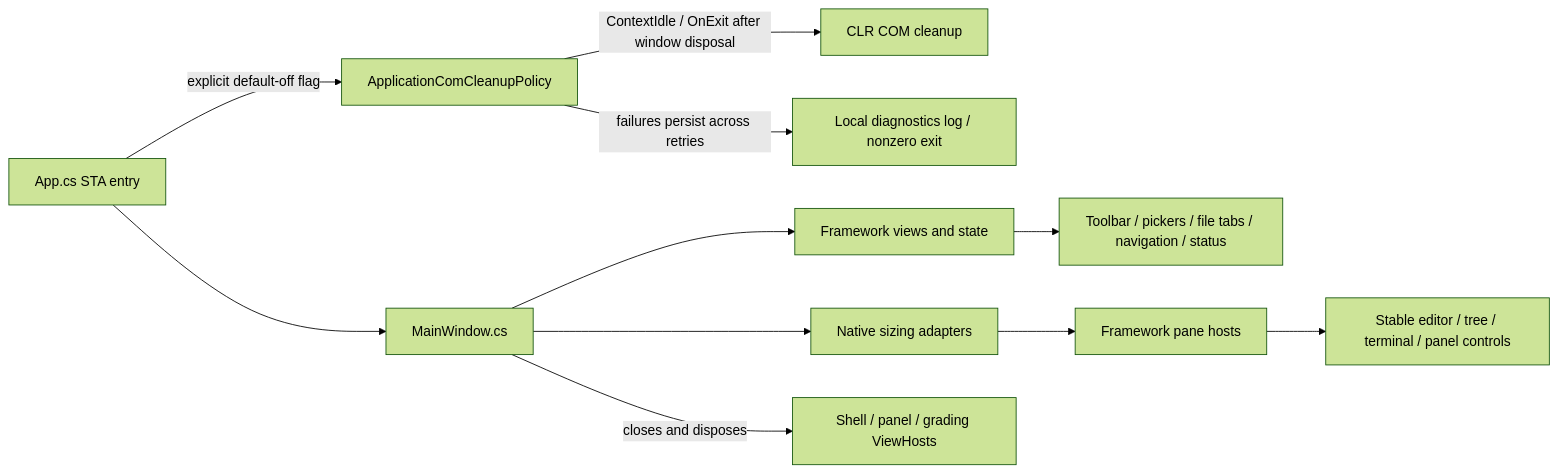
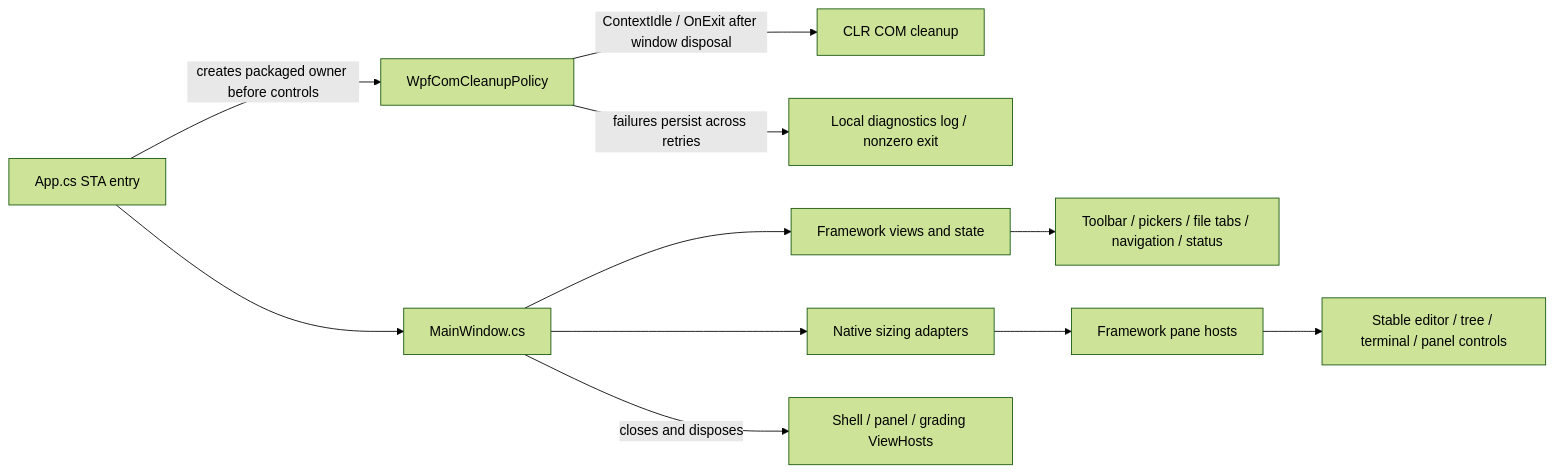
The first of 11 diagrams in KNOWLEDGE_GRAPH.md (signalnotnoise/GuidedGrade), drawn with Mermaid (forest theme) before and after one commit. The commit also changed other lines of this file and 24 other files, not shown here.

First line of the commit message:
Adopt packaged WPF COM cleanup

````diff
--- a/KNOWLEDGE_GRAPH.md
+++ b/KNOWLEDGE_GRAPH.md
@@ -9,13 +9,13 @@
 ```mermaid
 flowchart LR
     Startup[App.cs STA entry] --> Shell[MainWindow.cs]
-    Startup -->|explicit default-off flag| Cleanup[ApplicationComCleanupPolicy]
+    Startup -->|creates packaged owner before controls| Cleanup[WpfComCleanupPolicy]
     Cleanup -->|ContextIdle / OnExit after window disposal| Drain[CLR COM cleanup]
     Cleanup -->|failures persist across retries| Diagnostics[Local diagnostics log / nonzero exit]
     Shell --> Views[Framework views and state]
     Views --> Actions[Toolbar / pickers / file tabs / navigation / status]
     Shell --> Adapter[Native sizing adapters]
     Adapter --> Hosts[Framework pane hosts]
     Hosts --> Native[Stable editor / tree / terminal / panel controls]
     Shell -->|closes and disposes| Lifetime[Shell / panel / grading ViewHosts]
 ```
````
